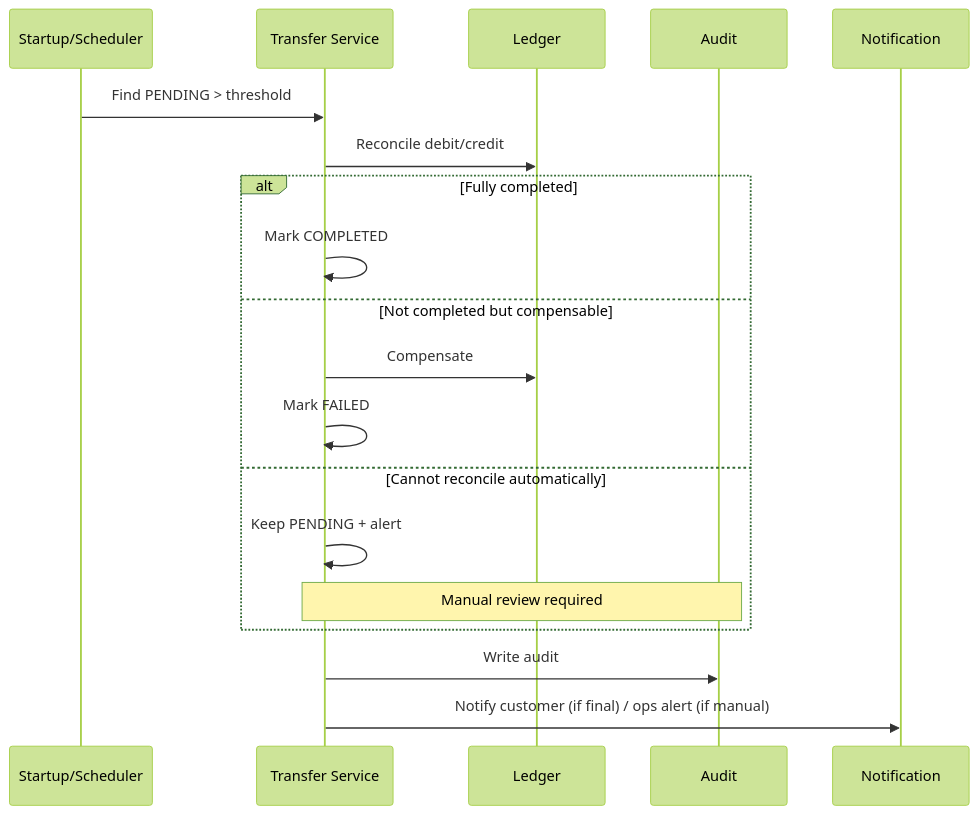
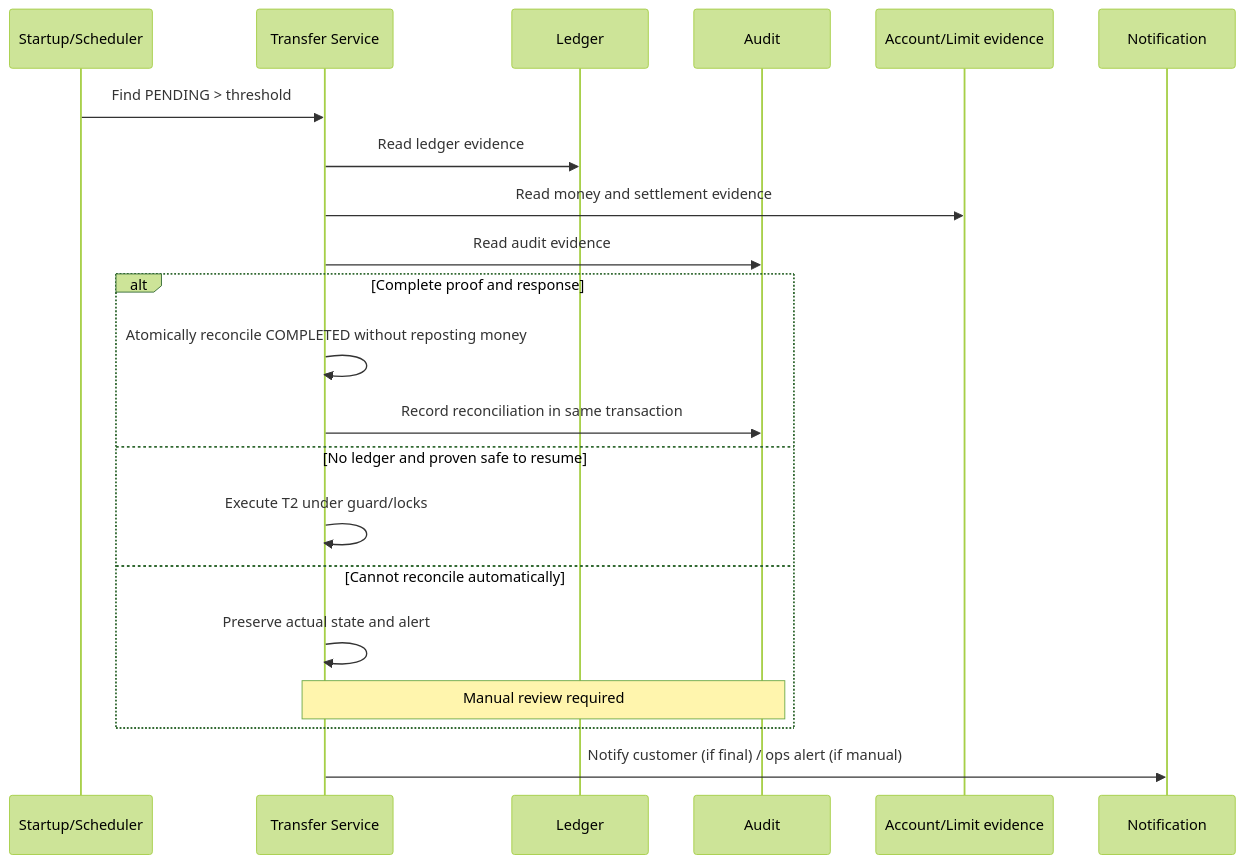
One commit to TNoLisme/cloude changed the fifth of 6 diagrams in digitalbanking-docs/docs-common/03. SRS.md. Above: the diagram before and after it, drawn with Mermaid (forest theme). The commit also changed other lines of this file and 22 other files, not shown here.

````diff
--- a/digitalbanking-docs/docs-common/03. SRS.md
+++ b/digitalbanking-docs/docs-common/03. SRS.md
@@ -909,21 +911,23 @@
 ```mermaid
 sequenceDiagram
     participant SYS as Startup/Scheduler
     participant TX as Transfer Service
     participant L as Ledger
     participant AUD as Audit
+    participant ACC as Account/Limit evidence
     participant N as Notification
     SYS->>TX: Find PENDING > threshold
-    TX->>L: Reconcile debit/credit
-    alt Fully completed
-        TX->>TX: Mark COMPLETED
-    else Not completed but compensable
-        TX->>L: Compensate
-        TX->>TX: Mark FAILED
+    TX->>L: Read ledger evidence
+    TX->>ACC: Read money and settlement evidence
+    TX->>AUD: Read audit evidence
+    alt Complete proof and response
+        TX->>TX: Atomically reconcile COMPLETED without reposting money
+        TX->>AUD: Record reconciliation in same transaction
+    else No ledger and proven safe to resume
+        TX->>TX: Execute T2 under guard/locks
     else Cannot reconcile automatically
-        TX->>TX: Keep PENDING + alert
+        TX->>TX: Preserve actual state and alert
         Note over TX,AUD: Manual review required
     end
-    TX->>AUD: Write audit
     TX->>N: Notify customer (if final) / ops alert (if manual)
 ```
````
